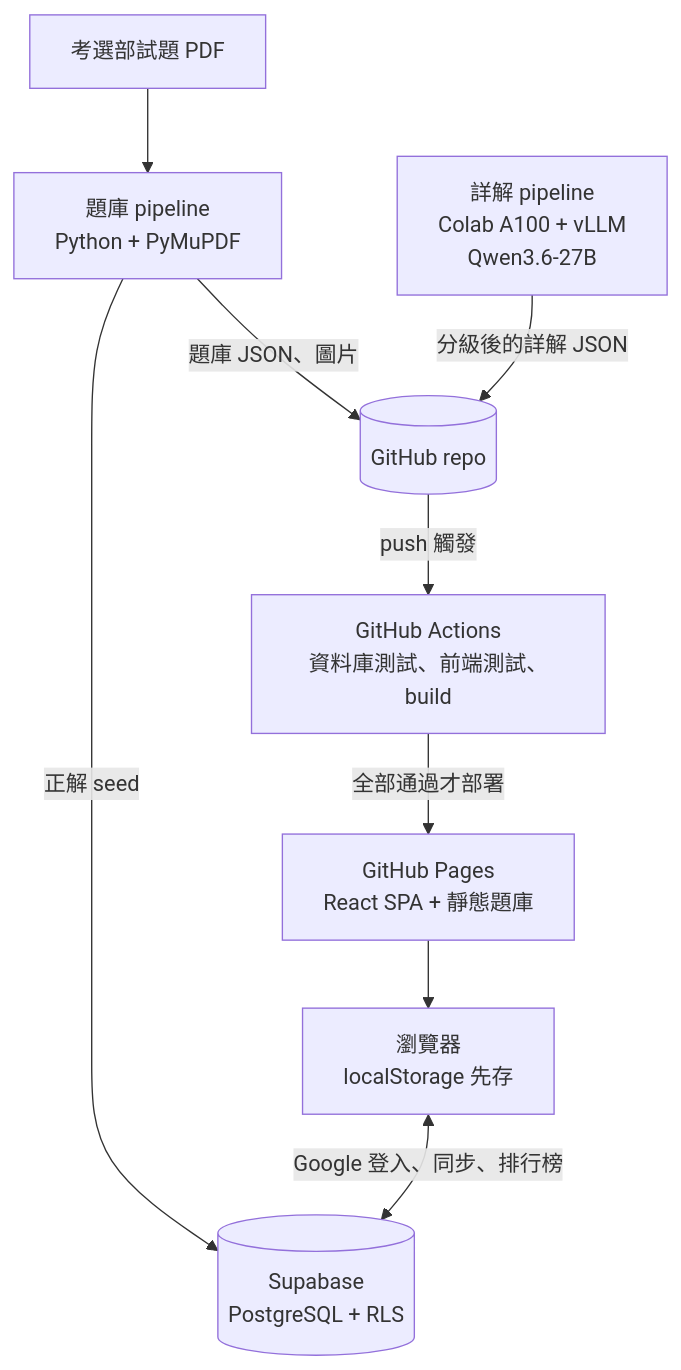
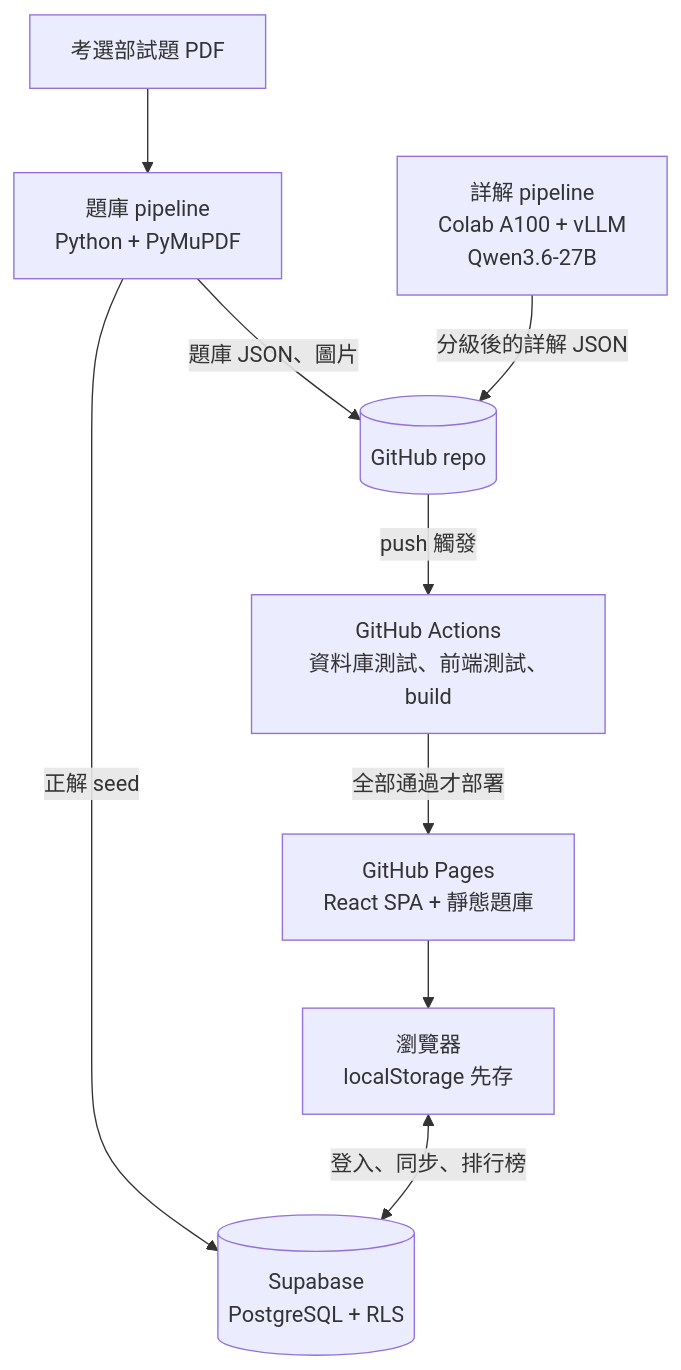
The diagram in README.md (RogerH0711/nmle), drawn with Mermaid before and after one commit. The commit also changed other lines of this file and 14 other files, not shown here.

````diff
--- a/README.md
+++ b/README.md
@@ -57,11 +57,11 @@
 ```mermaid
 flowchart TD
     PDF[考選部試題 PDF] --> P[題庫 pipeline<br>Python + PyMuPDF]
     P -->|題庫 JSON、圖片| R[(GitHub repo)]
     P -->|正解 seed| DB
     G[詳解 pipeline<br>Colab A100 + vLLM<br>Qwen3.6-27B] -->|分級後的詳解 JSON| R
     R -->|push 觸發| CI[GitHub Actions<br>資料庫測試、前端測試、build]
     CI -->|全部通過才部署| GP[GitHub Pages<br>React SPA + 靜態題庫]
     GP --> B[瀏覽器<br>localStorage 先存]
-    B <-->|Google 登入、同步、排行榜| DB[(Supabase<br>PostgreSQL + RLS)]
+    B <-->|登入、同步、排行榜| DB[(Supabase<br>PostgreSQL + RLS)]
 ```
````
